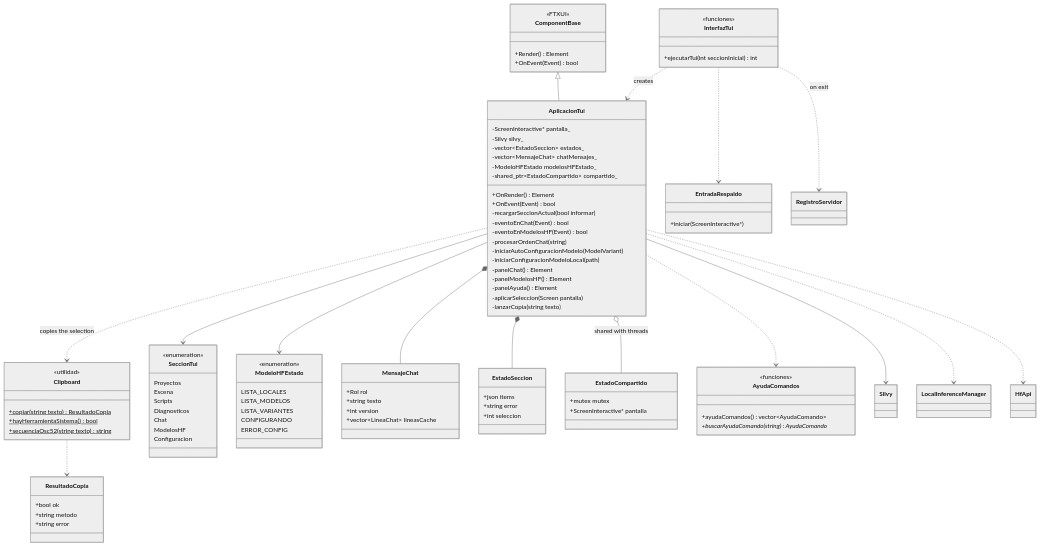
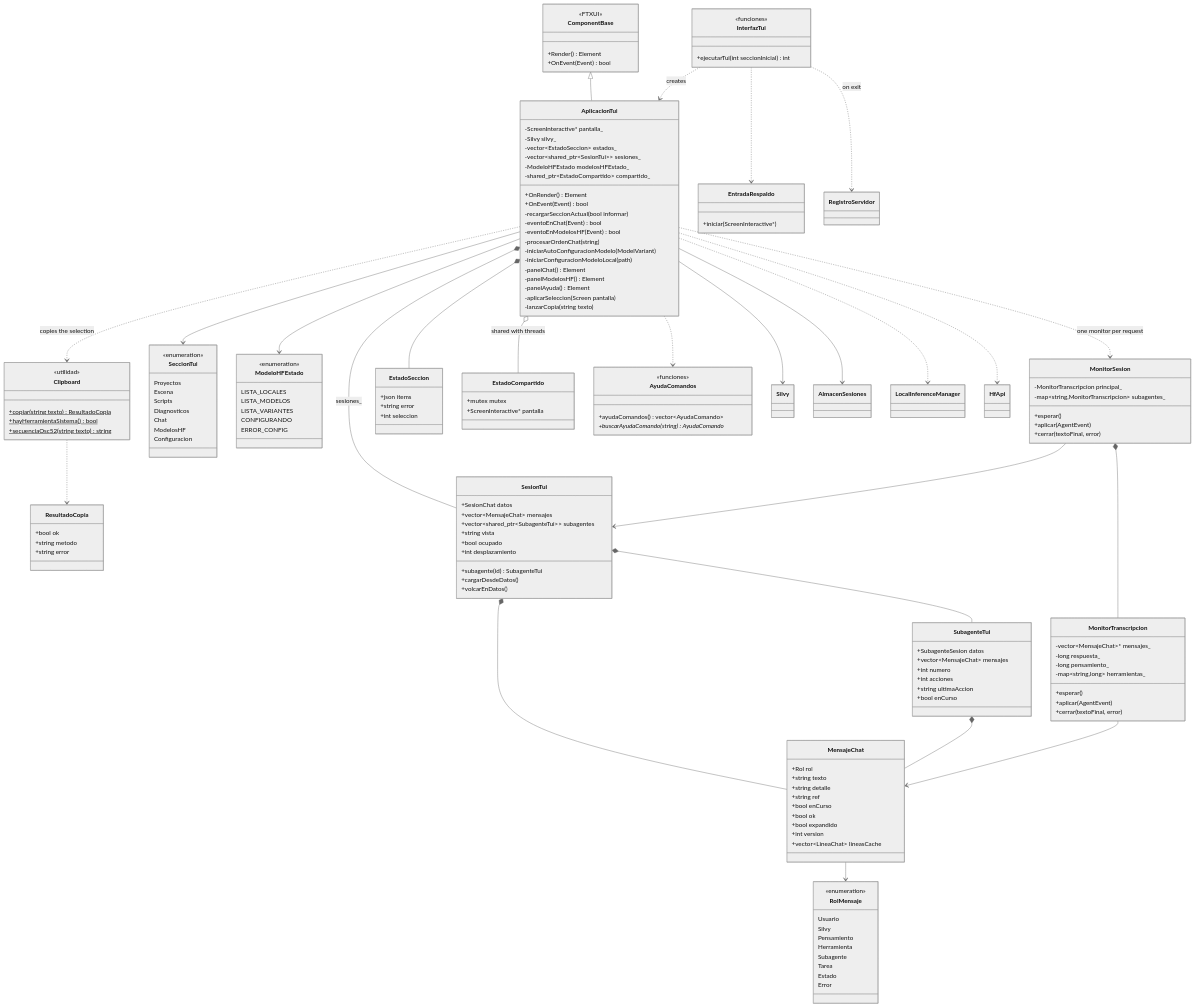
Before and after one commit to FunshiEngine/FunshiEngineCLI: the seventh of 7 diagrams in doc/uml/DiagramaClases.eng.md, drawn with Mermaid (neutral theme). The commit also changed other lines of this file and 8 other files, not shown here.

First line of the commit message:
docs: sesiones, RAG, subagentes y monitoreo del agente

```diff
--- a/doc/uml/DiagramaClases.eng.md
+++ b/doc/uml/DiagramaClases.eng.md
@@ -436,7 +599,7 @@
         -ScreenInteractive* pantalla_
         -Silvy silvy_
         -vector~EstadoSeccion~ estados_
-        -vector~MensajeChat~ chatMensajes_
+        -vector~shared_ptr~SesionTui~~ sesiones_
         -ModeloHFEstado modelosHFEstado_
         -shared_ptr~EstadoCompartido~ compartido_
         +OnRender() Element
@@ -485,8 +648,59 @@
     class MensajeChat {
         +Rol rol
         +string texto
+        +string detalle
+        +string ref
+        +bool enCurso
+        +bool ok
+        +bool expandido
         +int version
         +vector~LineaChat~ lineasCache
+    }
+    class RolMensaje {
+        <<enumeration>>
+        Usuario
+        Silvy
+        Pensamiento
+        Herramienta
+        Subagente
+        Tarea
+        Estado
+        Error
+    }
+    class SesionTui {
+        +SesionChat datos
+        +vector~MensajeChat~ mensajes
+        +vector~shared_ptr~SubagenteTui~~ subagentes
+        +string vista
+        +bool ocupado
+        +int desplazamiento
+        +subagente(id) SubagenteTui
+        +cargarDesdeDatos()
+        +volcarEnDatos()
+    }
+    class SubagenteTui {
+        +SubagenteSesion datos
+        +vector~MensajeChat~ mensajes
+        +int numero
+        +int acciones
+        +string ultimaAccion
+        +bool enCurso
+    }
+    class MonitorSesion {
+        -MonitorTranscripcion principal_
+        -map~string,MonitorTranscripcion~ subagentes_
+        +esperar()
+        +aplicar(AgentEvent)
+        +cerrar(textoFinal, error)
+    }
+    class MonitorTranscripcion {
+        -vector~MensajeChat~* mensajes_
+        -long respuesta_
+        -long pensamiento_
+        -map~string,long~ herramientas_
+        +esperar()
+        +aplicar(AgentEvent)
+        +cerrar(textoFinal, error)
     }
     class EstadoSeccion {
         +json items
@@ -514,7 +728,16 @@
     AplicacionTui --> Silvy
     AplicacionTui --> SeccionTui
     AplicacionTui --> ModeloHFEstado
-    AplicacionTui *-- MensajeChat
+    AplicacionTui *-- SesionTui : sesiones_
+    SesionTui *-- MensajeChat
+    SesionTui *-- SubagenteTui
+    SubagenteTui *-- MensajeChat
+    MensajeChat --> RolMensaje
+    AplicacionTui ..> MonitorSesion : one monitor per request
+    MonitorSesion *-- MonitorTranscripcion
+    MonitorSesion --> SesionTui
+    MonitorTranscripcion --> MensajeChat
+    AplicacionTui --> AlmacenSesiones
     AplicacionTui *-- EstadoSeccion
     AplicacionTui o-- EstadoCompartido : shared with threads
     AplicacionTui ..> AyudaComandos
```
